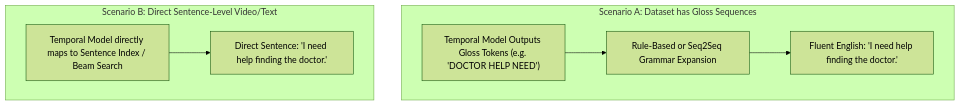
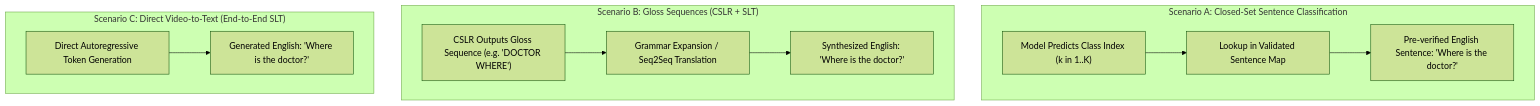
Before and after one commit to sengarbhoomi22-bot/SignBridge-Ai: the first of 4 diagrams in docs/implementation-plan/05-translation-and-speech-plan.md, drawn with Mermaid (forest theme). The commit also changed other lines of this file and 5 other files, not shown here.

````diff
--- a/docs/implementation-plan/05-translation-and-speech-plan.md
+++ b/docs/implementation-plan/05-translation-and-speech-plan.md
@@ -27,15 +27,22 @@
 ```mermaid
 flowchart TD
-    subgraph ScenarioA ["Scenario A: Dataset has Gloss Sequences"]
-        GLOSS["Temporal Model Outputs Gloss Tokens (e.g. 'DOCTOR HELP NEED')"]
-        GlossToText["Rule-Based or Seq2Seq Grammar Expansion"]
-        EngA["Fluent English: 'I need help finding the doctor.'"]
-        GLOSS --> GlossToText --> EngA
+    subgraph ScenarioA ["Scenario A: Closed-Set Sentence Classification"]
+        ClassIdx["Model Predicts Class Index (k in 1..K)"]
+        LabelMap["Lookup in Validated Sentence Map"]
+        EngA["Pre-verified English Sentence: 'Where is the doctor?'"]
+        ClassIdx --> LabelMap --> EngA
     end
 
-    subgraph ScenarioB ["Scenario B: Direct Sentence-Level Video/Text"]
-        TENSOR["Temporal Model directly maps to Sentence Index / Beam Search"]
-        EngB["Direct Sentence: 'I need help finding the doctor.'"]
-        TENSOR --> EngB
+    subgraph ScenarioB ["Scenario B: Gloss Sequences (CSLR + SLT)"]
+        GlossSeq["CSLR Outputs Gloss Sequence (e.g. 'DOCTOR WHERE')"]
+        GlossTrans["Grammar Expansion / Seq2Seq Translation"]
+        EngB["Synthesized English: 'Where is the doctor?'"]
+        GlossSeq --> GlossTrans --> EngB
+    end
+
+    subgraph ScenarioC ["Scenario C: Direct Video-to-Text (End-to-End SLT)"]
+        SeqTokens["Direct Autoregressive Token Generation"]
+        EngC["Generated English: 'Where is the doctor?'"]
+        SeqTokens --> EngC
     end
 ```
````
